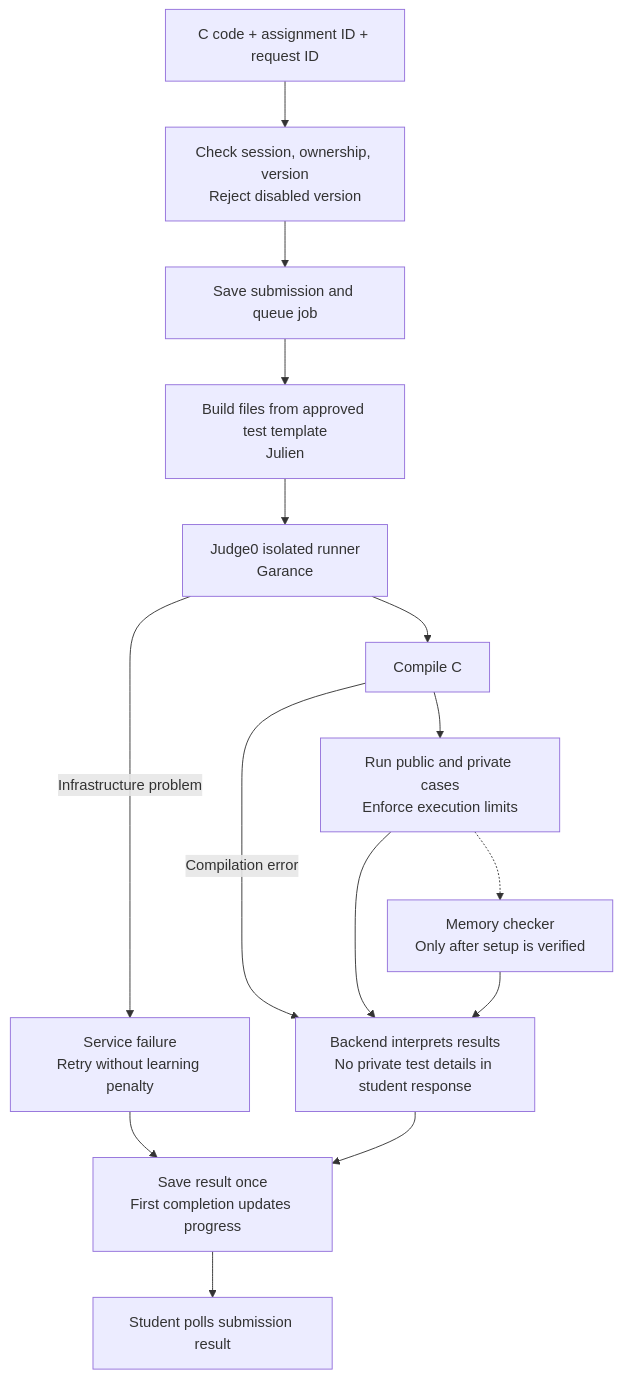
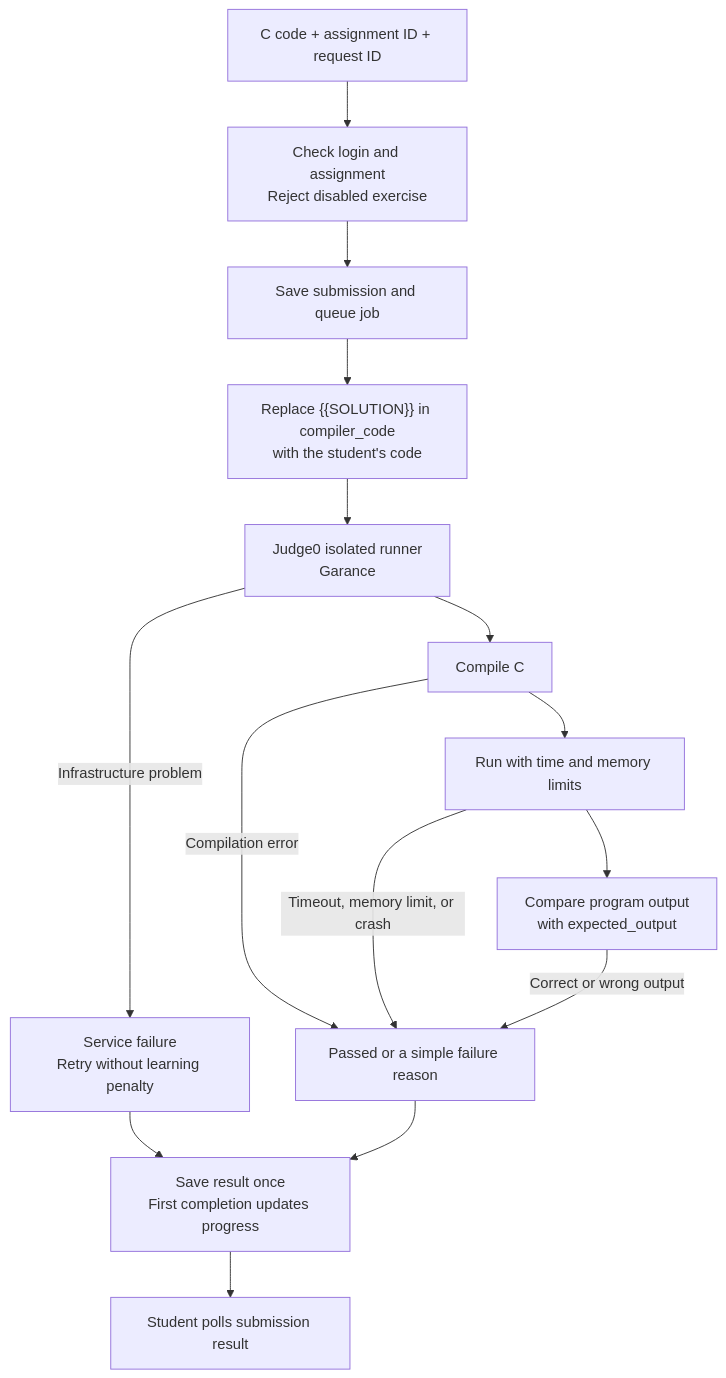
One commit to Rspinelli93/Trancendece changed the diagram in option-3/Diagrams/04-compiler-and-correction.mmd. Above: the diagram before and after it, drawn with Mermaid. The commit also changed 24 other files, not shown here.

```diff
--- a/option-3/Diagrams/04-compiler-and-correction.mmd
+++ b/option-3/Diagrams/04-compiler-and-correction.mmd
@@ -1,27 +1,27 @@
 flowchart TD
     Student["C code + assignment ID + request ID"]
-    Check["Check session, ownership, version<br/>Reject disabled version"]
+    Check["Check login and assignment<br/>Reject disabled exercise"]
     Job["Save submission and queue job"]
-    Template["Build files from approved test template<br/>Julien"]
+    Build["Replace {{SOLUTION}} in compiler_code<br/>with the student's code"]
     Runner["Judge0 isolated runner<br/>Garance"]
     Compile["Compile C"]
-    Tests["Run public and private cases<br/>Enforce execution limits"]
-    Memory["Memory checker<br/>Only after setup is verified"]
-    Result["Backend interprets results<br/>No private test details in student response"]
+    Run["Run with time and memory limits"]
+    Compare["Compare program output<br/>with expected_output"]
+    Result["Passed or a simple failure reason"]
     Save["Save result once<br/>First completion updates progress"]
     Page["Student polls submission result"]
     Failure["Service failure<br/>Retry without learning penalty"]
     Student --> Check
     Check --> Job
-    Job --> Template
-    Template --> Runner
+    Job --> Build
+    Build --> Runner
     Runner --> Compile
-    Compile --> Tests
-    Tests -.-> Memory
+    Compile --> Run
+    Run --> Compare
     Compile -->|"Compilation error"| Result
-    Tests --> Result
-    Memory --> Result
+    Run -->|"Timeout, memory limit, or crash"| Result
+    Compare -->|"Correct or wrong output"| Result
     Runner -->|"Infrastructure problem"| Failure
     Failure --> Save
     Result --> Save
     Save --> Page
```
